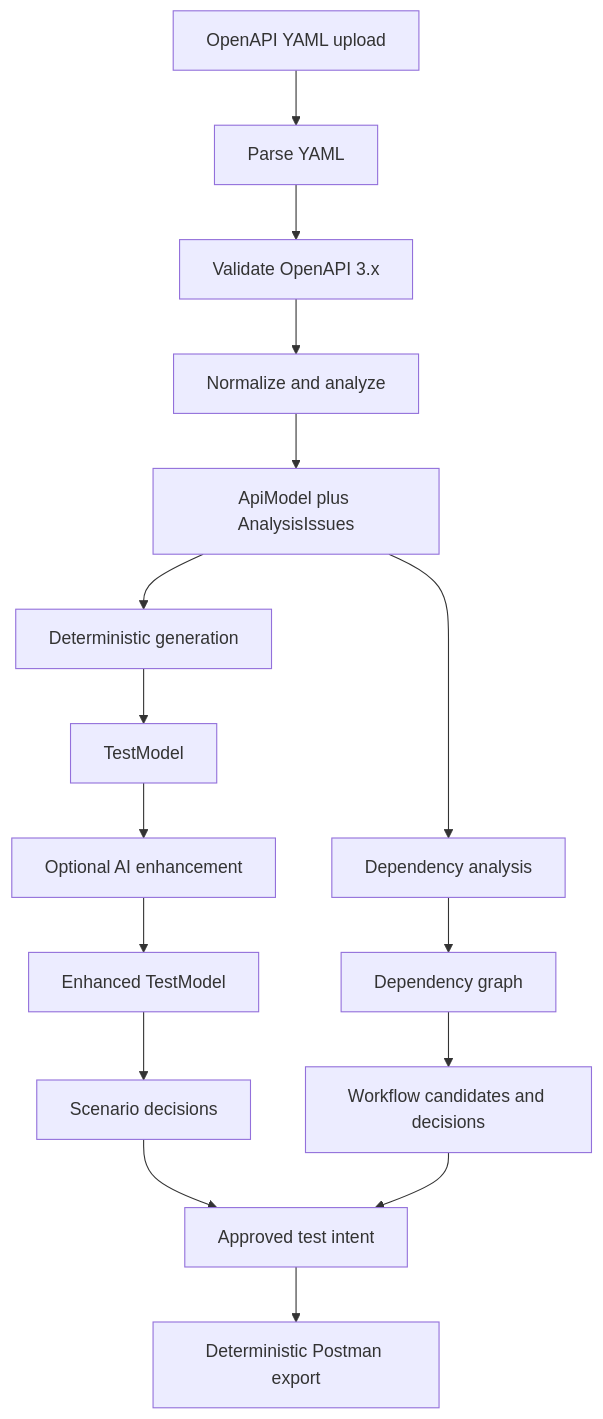
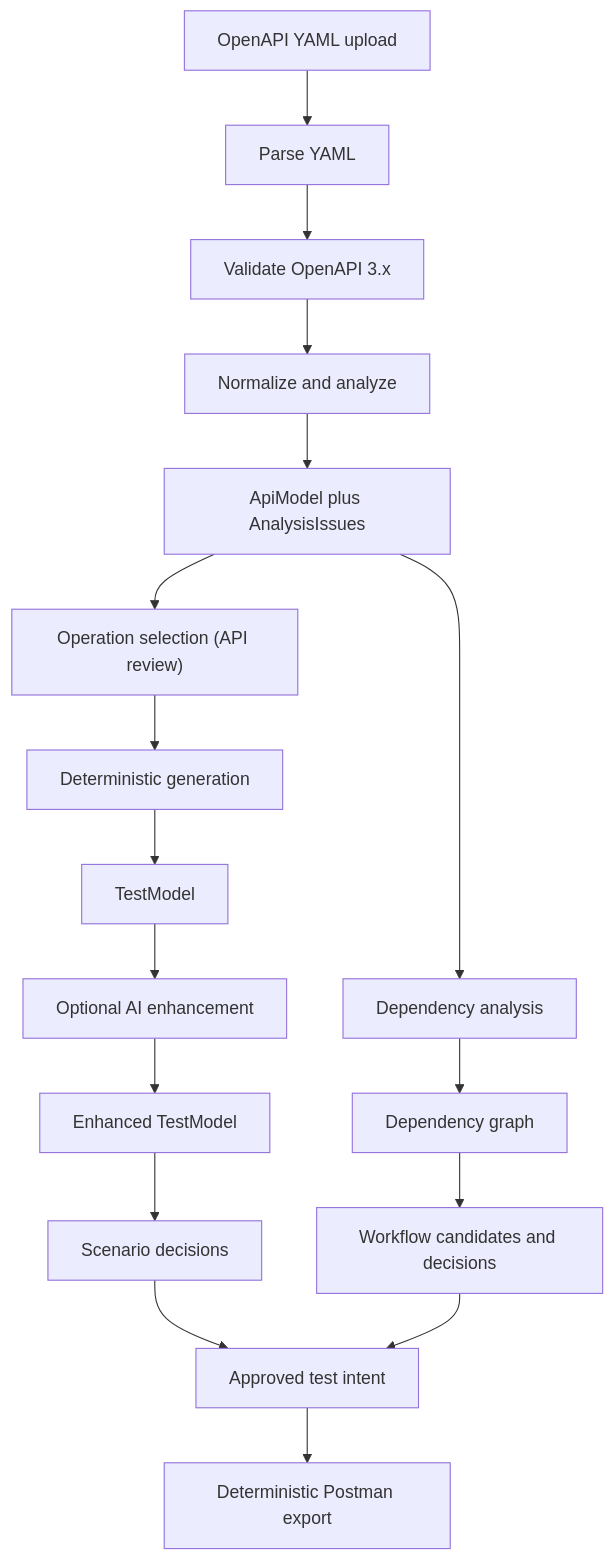
The second of 3 diagrams in docs/architecture.md (io-anurag/ApiPilot), drawn with Mermaid before and after one commit. The commit also changed other lines of this file and 3 other files, not shown here.

First line of the commit message:
docs: sync roadmap, README, architecture, and user manual with AP-027/AP-028 and recent amendments

````diff
--- a/docs/architecture.md
+++ b/docs/architecture.md
@@ -75,18 +76,19 @@
 ```mermaid
 flowchart TD
   S["OpenAPI YAML upload"] --> P["Parse YAML"]
   P --> V["Validate OpenAPI 3.x"]
   V --> N["Normalize and analyze"]
   N --> A["ApiModel plus AnalysisIssues"]
-  A --> G["Deterministic generation"]
+  A --> SEL["Operation selection (API review)"]
+  SEL --> G["Deterministic generation"]
   G --> T["TestModel"]
   T --> E["Optional AI enhancement"]
   E --> ET["Enhanced TestModel"]
   ET --> R["Scenario decisions"]
   A --> D["Dependency analysis"]
   D --> DG["Dependency graph"]
   DG --> W["Workflow candidates and decisions"]
   R --> AT["Approved test intent"]
   W --> AT
   AT --> X["Deterministic Postman export"]
 ```
````
